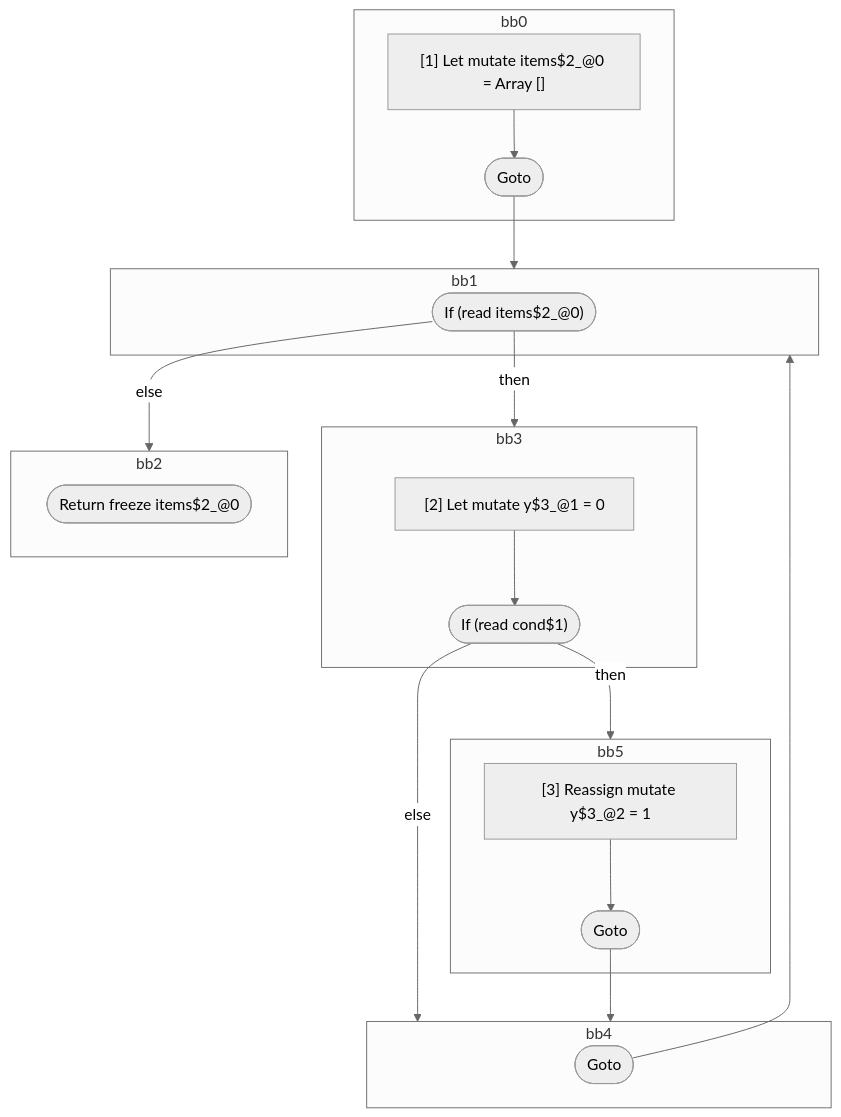
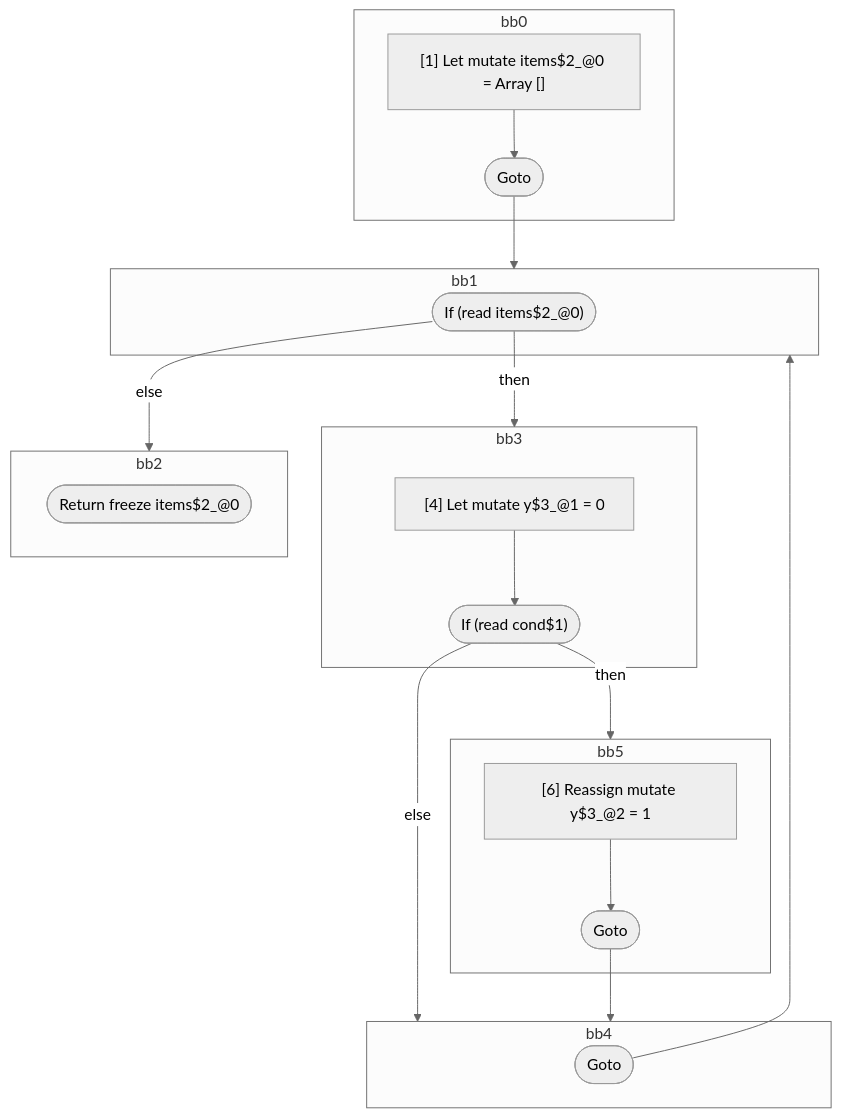
The diagram in compiler/forget/src/__tests__/fixtures/hir/ssa-for-of.expect.md (wutsmog/private), drawn with Mermaid (neutral theme) before and after one commit. The commit also changed other lines of this file and 61 other files, not shown here.

````diff
--- a/compiler/forget/src/__tests__/fixtures/hir/ssa-for-of.expect.md
+++ b/compiler/forget/src/__tests__/fixtures/hir/ssa-for-of.expect.md
@@ -45,41 +45,41 @@
 ```mermaid
 flowchart TB
   %% Basic Blocks
   subgraph bb0
     bb0_instrs["
       [1] Let mutate items$2_@0 = Array []
     "]
     bb0_instrs --> bb0_terminal(["Goto"])
   end
   subgraph bb1
     bb1_terminal(["If (read items$2_@0)"])
   end
   subgraph bb3
     bb3_instrs["
-      [2] Let mutate y$3_@1 = 0
+      [4] Let mutate y$3_@1 = 0
     "]
     bb3_instrs --> bb3_terminal(["If (read cond$1)"])
   end
   subgraph bb5
     bb5_instrs["
-      [3] Reassign mutate y$3_@2 = 1
+      [6] Reassign mutate y$3_@2 = 1
     "]
     bb5_instrs --> bb5_terminal(["Goto"])
   end
   subgraph bb4
     bb4_terminal(["Goto"])
   end
   subgraph bb2
     bb2_terminal(["Return freeze items$2_@0"])
   end
 
   %% Jumps
   bb0_terminal --> bb1
   bb1_terminal -- "then" --> bb3
   bb1_terminal -- "else" --> bb2
   bb3_terminal -- "then" --> bb5
   bb3_terminal -- "else" --> bb4
   bb5_terminal --> bb4
   bb4_terminal --> bb1
 
 ```
````
